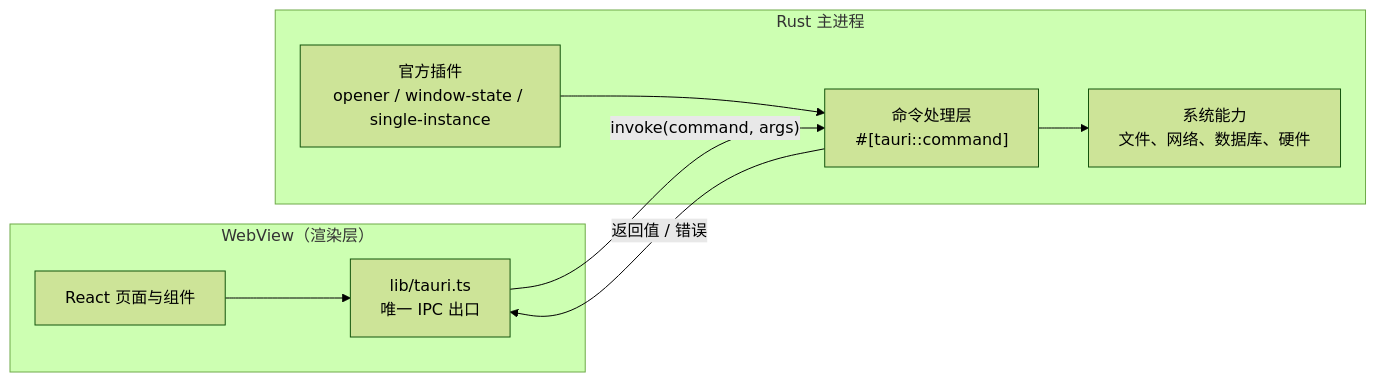
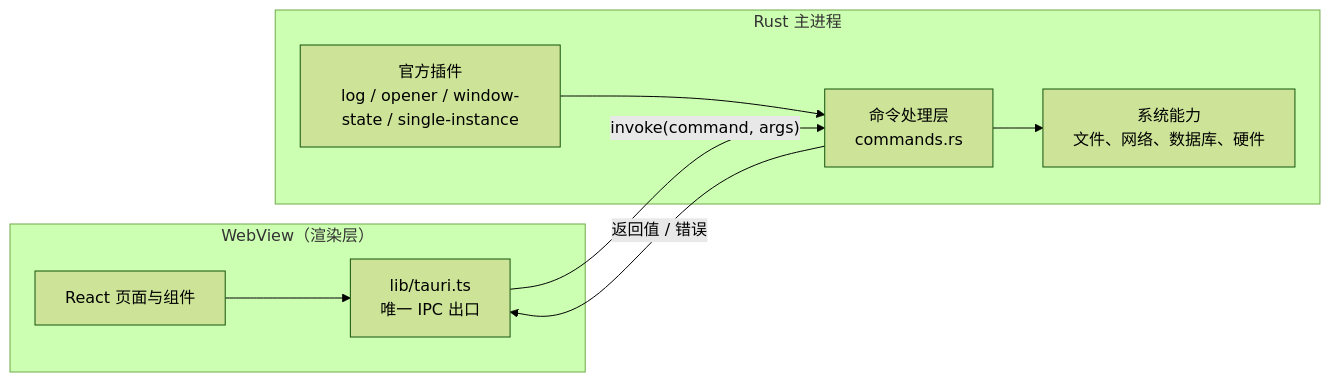
Before and after one commit to YanChao001/tauri-desktop-starter: the diagram in docs/architecture.md, drawn with Mermaid (forest theme). The commit also changed 33 other files, not shown here.

````diff
--- a/docs/architecture.md
+++ b/docs/architecture.md
@@ -9,19 +9,19 @@
 ```mermaid
 flowchart LR
   subgraph web["WebView（渲染层）"]
     UI["React 页面与组件"]
     IPC["lib/tauri.ts<br/>唯一 IPC 出口"]
     UI --> IPC
   end
 
   subgraph rust["Rust 主进程"]
-    CMD["命令处理层<br/>#[tauri::command]"]
-    PLUGIN["官方插件<br/>opener / window-state / single-instance"]
+    CMD["命令处理层<br/>commands.rs"]
+    PLUGIN["官方插件<br/>log / opener / window-state / single-instance"]
     SYS["系统能力<br/>文件、网络、数据库、硬件"]
   end
 
   IPC -- "invoke(command, args)" --> CMD
   CMD -- "返回值 / 错误" --> IPC
   CMD --> SYS
   PLUGIN --> CMD
 ```
````
